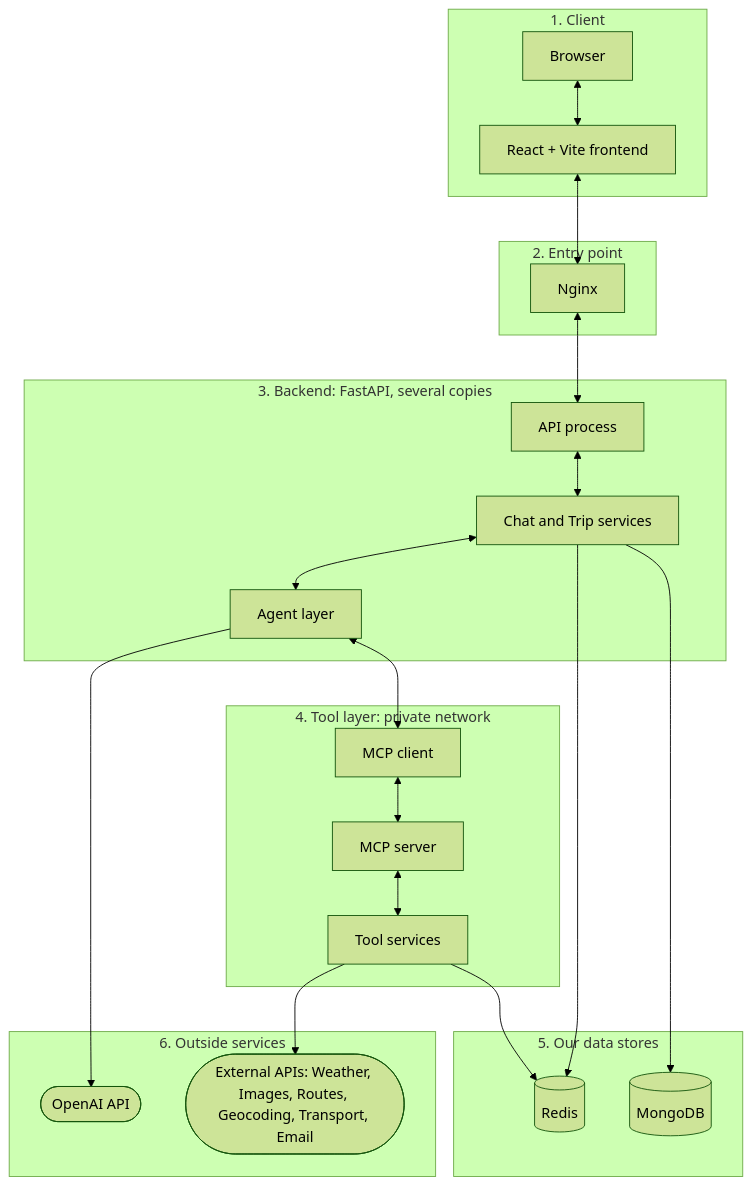
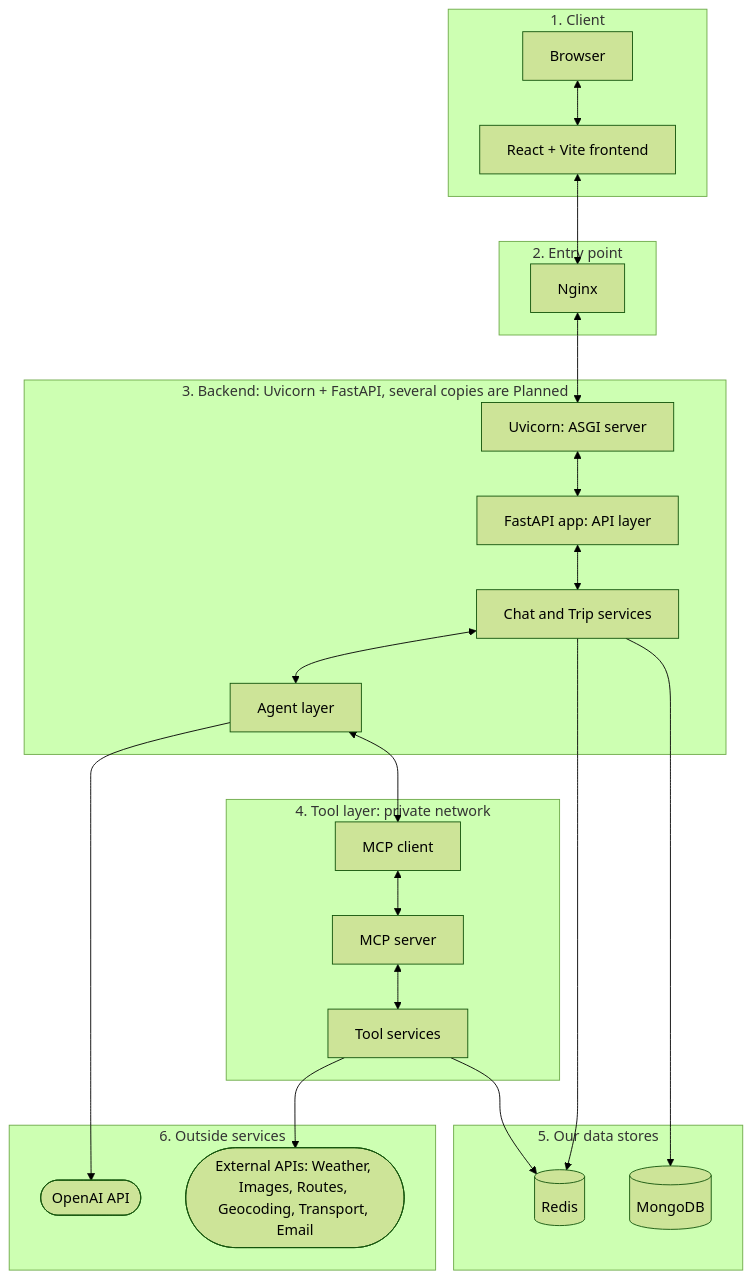
One commit to varsha-sonnad/Trailwise-AI-Agent changed the first of 3 diagrams in ARCHITECTURE.md. Above: the diagram before and after it, drawn with Mermaid (forest theme). The commit also changed other lines of this file and 42 other files, not shown here.

````diff
--- a/ARCHITECTURE.md
+++ b/ARCHITECTURE.md
@@ -9,39 +45,40 @@
 ```mermaid
 flowchart TB
   subgraph CLIENT[1. Client]
     BR[Browser] <--> FE[React + Vite frontend]
   end
 
   subgraph EDGE[2. Entry point]
     NG[Nginx]
   end
 
-  subgraph BACKEND[3. Backend: FastAPI, several copies]
-    API[API process] <--> SVC[Chat and Trip services]
+  subgraph BACKEND[3. Backend: Uvicorn + FastAPI, several copies are Planned]
+    UV[Uvicorn: ASGI server] <--> API[FastAPI app: API layer]
+    API <--> SVC[Chat and Trip services]
     SVC <--> AG[Agent layer]
   end
 
   subgraph TOOLLAYER[4. Tool layer: private network]
     MCPC[MCP client] <--> MCPS[MCP server]
     MCPS <--> TOOLS[Tool services]
   end
 
   subgraph STORE[5. Our data stores]
     RD[(Redis)]
     DB[(MongoDB)]
   end
 
   subgraph OUTSIDE[6. Outside services]
     LLM([OpenAI API])
     EXT([External APIs: Weather, Images, Routes, Geocoding, Transport, Email])
   end
 
   FE <--> NG
-  NG <--> API
+  NG <--> UV
   AG --> LLM
   AG <--> MCPC
   TOOLS --> RD
   TOOLS --> EXT
   SVC --> RD
   SVC --> DB
 ```
````
